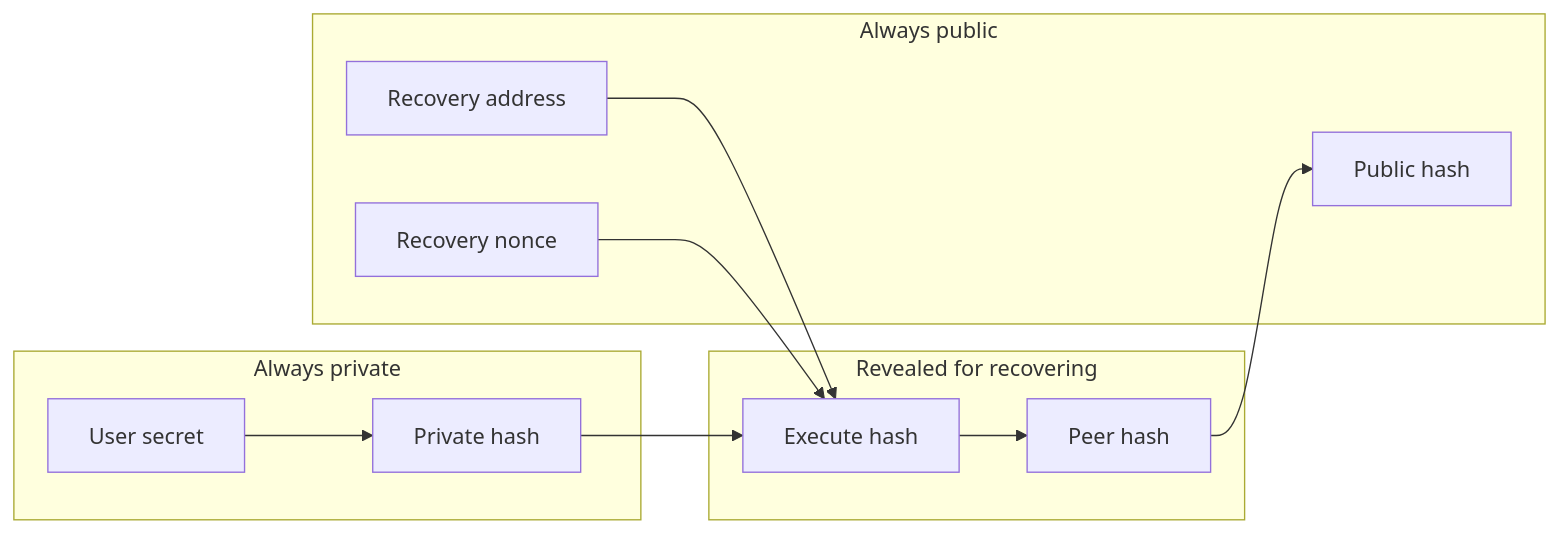
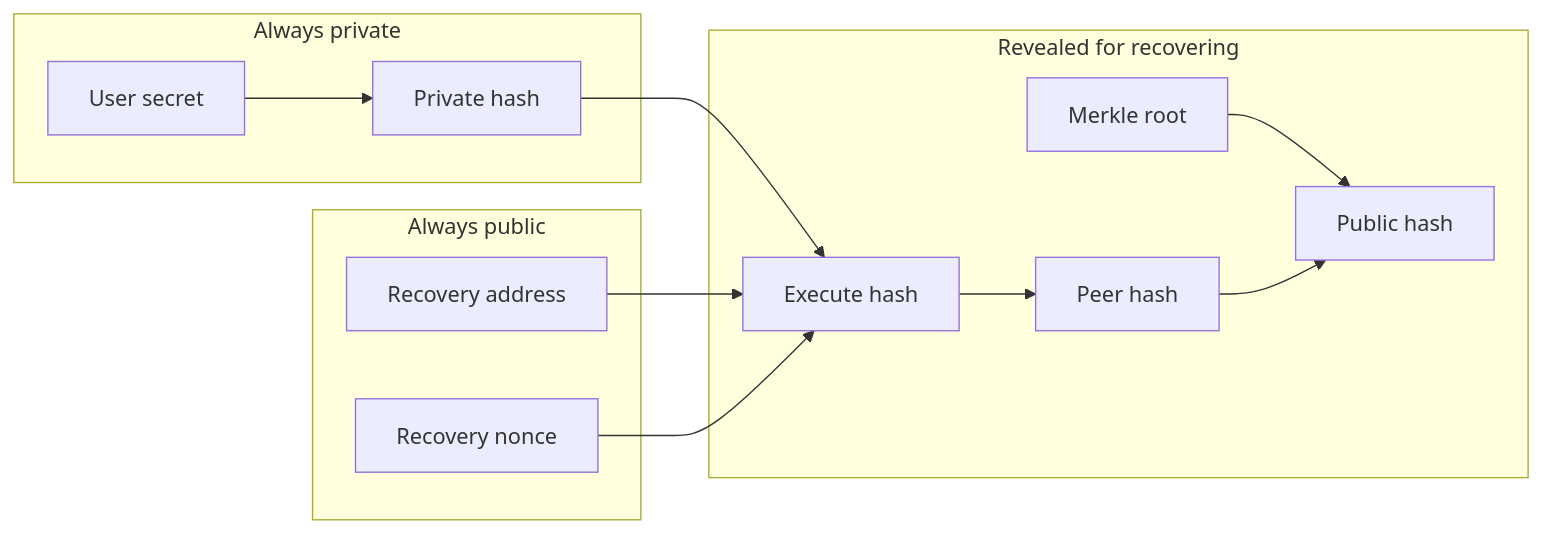
One commit to ethereum/EIPs changed the third of 12 diagrams in EIPS/eip-2429.md. Above: the diagram before and after it, drawn with Mermaid. The commit also changed other lines of this file, not shown here.

Commit message:
update 2429 ABI and flow

````diff
--- a/EIPS/eip-2429.md
+++ b/EIPS/eip-2429.md
@@ -160,23 +157,25 @@
 ```mermaid
 	graph LR
         subgraph Always private
             user_secret_data["User secret"]
             private_hash["Private hash"]
         end
         subgraph Revealed for recovering
             hash_to_execute["Execute hash"]
+            merkle_root["Merkle root"]
             hash_to_peer["Peer hash"]
+            public_hash["Public hash"]
         end
         subgraph Always public  
             recovery_contract["Recovery address"]
             recovery_nonce["Recovery nonce"]
-            public_hash["Public hash"]
         end
 
     user_secret_data --> private_hash; 
     private_hash --> hash_to_execute; 
     hash_to_execute --> hash_to_peer; 
+    merkle_root --> public_hash;
     hash_to_peer --> public_hash;
     recovery_contract --> hash_to_execute;
     recovery_nonce --> hash_to_execute;
 ```
````
